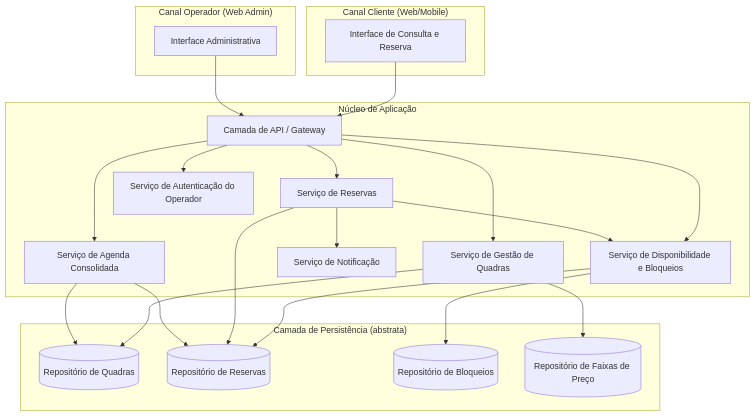
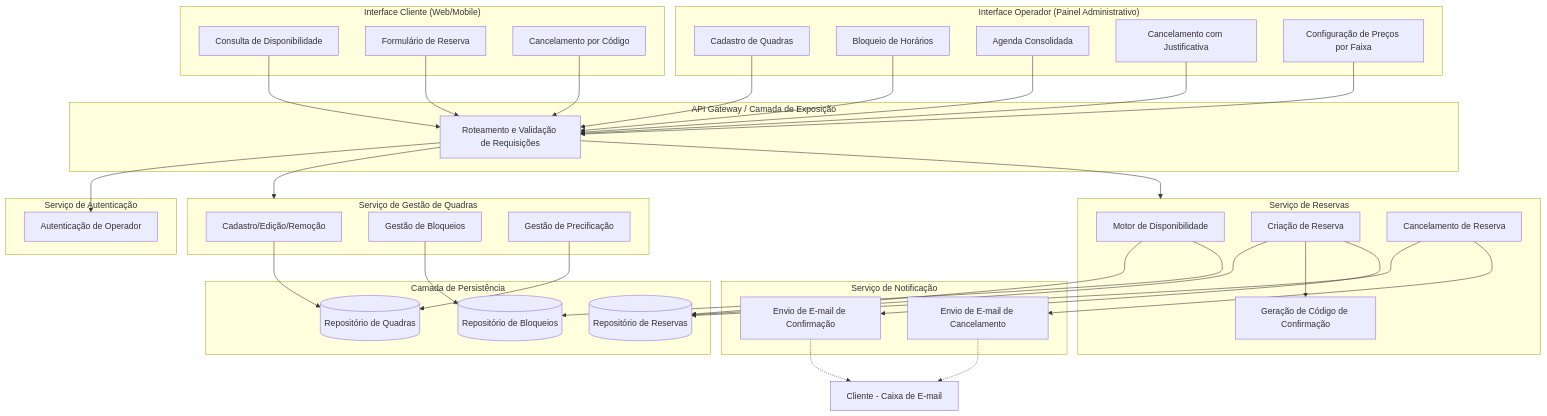
One commit to PDC-ESIA/AI4ES changed the first of 3 diagrams in docs/Time_2_Design/analise-qualitativa/outputs/relatorio_claude_sonnet_5_P05.md. Above: the diagram before and after it, drawn with Mermaid. The commit also changed other lines of this file and 93 other files, not shown here.

````diff
--- a/docs/Time_2_Design/analise-qualitativa/outputs/relatorio_claude_sonnet_5_P05.md
+++ b/docs/Time_2_Design/analise-qualitativa/outputs/relatorio_claude_sonnet_5_P05.md
@@ -23,46 +26,76 @@
 ```mermaid
 flowchart TB
-    subgraph Cliente["Canal Cliente (Web/Mobile)"]
-        UI_Cliente[Interface de Consulta e Reserva]
+    subgraph ClienteWeb["Interface Cliente (Web/Mobile)"]
+        CW1[Consulta de Disponibilidade]
+        CW2[Formulário de Reserva]
+        CW3[Cancelamento por Código]
     end
 
-    subgraph Operador["Canal Operador (Web Admin)"]
-        UI_Operador[Interface Administrativa]
+    subgraph OperadorWeb["Interface Operador (Painel Administrativo)"]
+        OW1[Cadastro de Quadras]
+        OW2[Bloqueio de Horários]
+        OW3[Agenda Consolidada]
+        OW4[Cancelamento com Justificativa]
+        OW5[Configuração de Preços por Faixa]
     end
 
-    subgraph Backend["Núcleo de Aplicação"]
-        API_GW[Camada de API / Gateway]
-        SVC_Quadra[Serviço de Gestão de Quadras]
-        SVC_Disponibilidade[Serviço de Disponibilidade e Bloqueios]
-        SVC_Reserva[Serviço de Reservas]
-        SVC_Notificacao[Serviço de Notificação]
-        SVC_Auth[Serviço de Autenticação do Operador]
-        SVC_Agenda[Serviço de Agenda Consolidada]
+    subgraph GatewayAPI["API Gateway / Camada de Exposição"]
+        GW[Roteamento e Validação de Requisições]
     end
 
-    subgraph Persistencia["Camada de Persistência (abstrata)"]
-        REPO_Quadra[(Repositório de Quadras)]
-        REPO_Reserva[(Repositório de Reservas)]
-        REPO_Bloqueio[(Repositório de Bloqueios)]
-        REPO_Precificacao[(Repositório de Faixas de Preço)]
+    subgraph AuthService["Serviço de Autenticação"]
+        AUTH[Autenticação de Operador]
     end
 
-    UI_Cliente --> API_GW
-    UI_Operador --> API_GW
+    subgraph QuadraService["Serviço de Gestão de Quadras"]
+        QS1[Cadastro/Edição/Remoção]
+        QS2[Gestão de Bloqueios]
+        QS3[Gestão de Precificação]
+    end
 
-    API_GW --> SVC_Auth
-    API_GW --> SVC_Quadra
-    API_GW --> SVC_Disponibilidade
-    API_GW --> SVC_Reserva
-    API_GW --> SVC_Agenda
+    subgraph ReservaService["Serviço de Reservas"]
+        RS1[Motor de Disponibilidade]
+        RS2[Criação de Reserva]
+        RS3[Cancelamento de Reserva]
+        RS4[Geração de Código de Confirmação]
+    end
 
-    SVC_Quadra --> REPO_Quadra
-    SVC_Quadra --> REPO_Precificacao
-    SVC_Disponibilidade --> REPO_Bloqueio
-    SVC_Disponibilidade --> REPO_Reserva
-    SVC_Reserva --> REPO_Reserva
-    SVC_Reserva --> SVC_Notificacao
-    SVC_Agenda --> REPO_Reserva
-    SVC_Agenda --> REPO_Quadra
-    SVC_Reserva --> SVC_Disponibilidade
+    subgraph NotificacaoService["Serviço de Notificação"]
+        NS1[Envio de E-mail de Confirmação]
+        NS2[Envio de E-mail de Cancelamento]
+    end
+
+    subgraph Persistencia["Camada de Persistência"]
+        DB1[(Repositório de Quadras)]
+        DB2[(Repositório de Reservas)]
+        DB3[(Repositório de Bloqueios)]
+    end
+
+    CW1 --> GW
+    CW2 --> GW
+    CW3 --> GW
+    OW1 --> GW
+    OW2 --> GW
+    OW3 --> GW
+    OW4 --> GW
+    OW5 --> GW
+
+    GW --> AUTH
+    GW --> QuadraService
+    GW --> ReservaService
+
+    QS1 --> DB1
+    QS2 --> DB3
+    QS3 --> DB1
+
+    RS1 --> DB2
+    RS1 --> DB3
+    RS2 --> DB2
+    RS2 --> RS4
+    RS3 --> DB2
+    RS2 --> NS1
+    RS3 --> NS2
+
+    NS1 -.-> ClienteEmail[Cliente - Caixa de E-mail]
+    NS2 -.-> ClienteEmail
 ```
````
